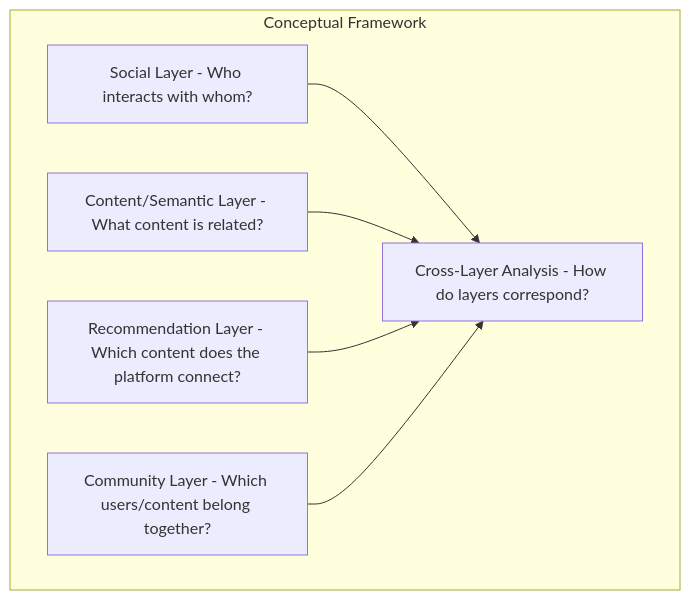
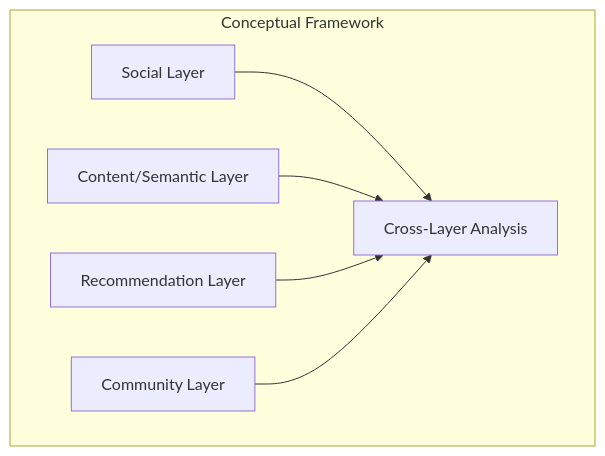
The first of 7 diagrams in README.md (Ahmed-yasser86/The_CSocial_Science_Lab), drawn with Mermaid before and after one commit. The commit also changed other lines of this file, not shown here.

First line of the commit message:
fix: simplify Mermaid diagrams for GitHub rendering

````diff
--- a/README.md
+++ b/README.md
@@ -201,14 +201,14 @@
 ```mermaid
 graph TB
     subgraph "Conceptual Framework"
-        S[Social Layer - Who interacts with whom?]
-        C[Content/Semantic Layer - What content is related?]
-        R[Recommendation Layer - Which content does the platform connect?]
-        CM[Community Layer - Which users/content belong together?]
-        X[Cross-Layer Analysis - How do layers correspond?]
+        S[Social Layer]
+        C[Content/Semantic Layer]
+        R[Recommendation Layer]
+        CM[Community Layer]
+        X[Cross-Layer Analysis]
     end
     S --> X
     C --> X
     R --> X
     CM --> X
 ```
````
